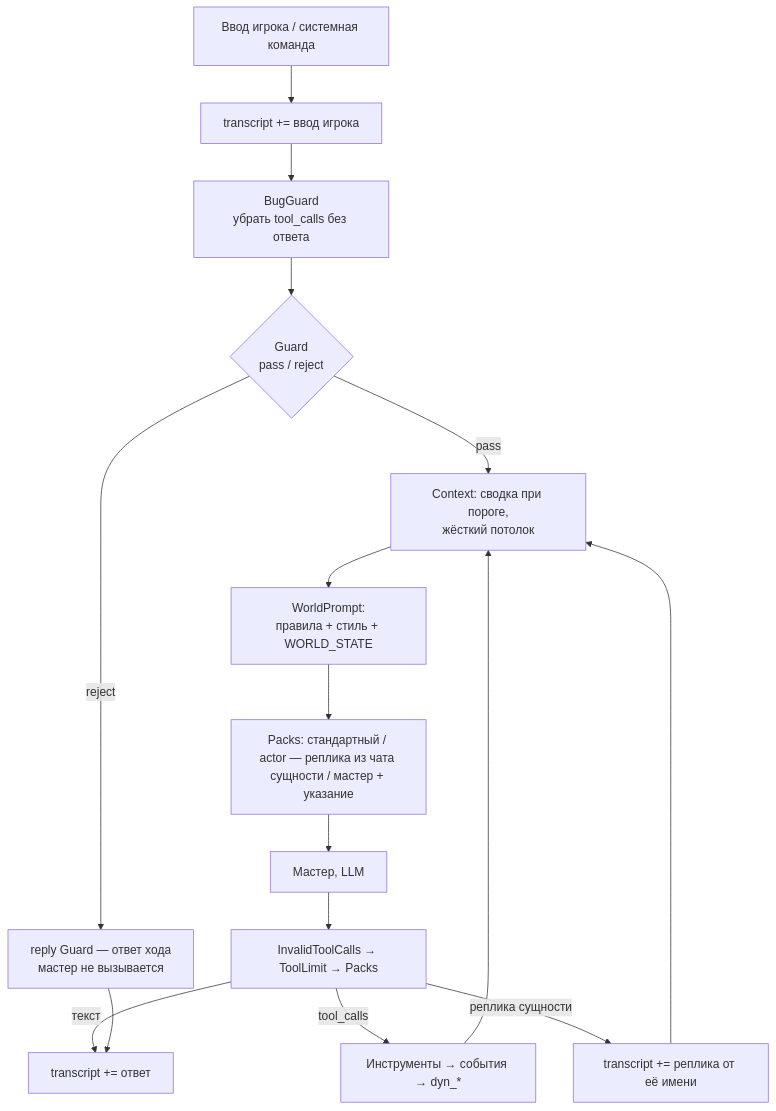
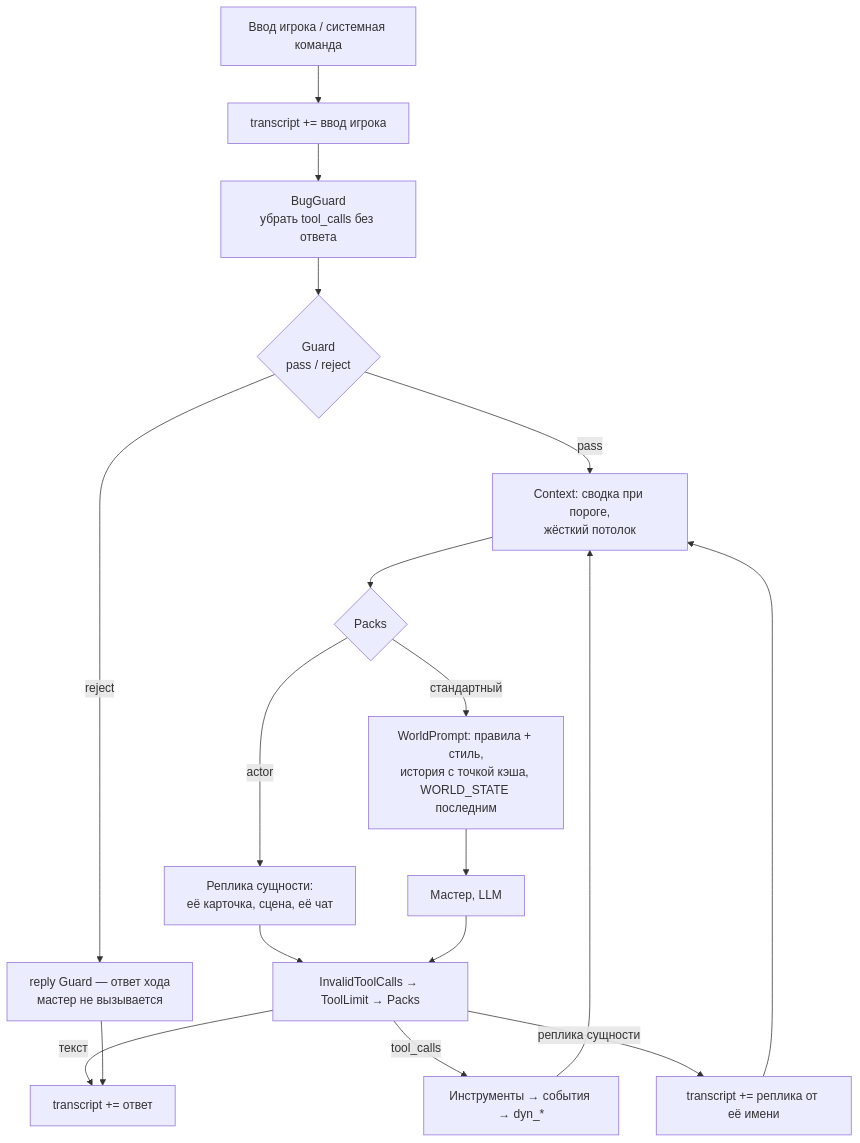
Before and after one commit to Bataevk/QuipQuill: the first of 2 diagrams in docs/architecture/agent.md, drawn with Mermaid. The commit also changed other lines of this file and 20 other files, not shown here.

````diff
--- a/docs/architecture/agent.md
+++ b/docs/architecture/agent.md
@@ -7,19 +7,20 @@
 ```mermaid
 graph TD
   IN[Ввод игрока / системная команда] --> TRI[transcript += ввод игрока]
   TRI --> BG[BugGuard<br/>убрать tool_calls без ответа]
   BG --> GU{Guard<br/>pass / reject}
   GU -->|reject| RJ[reply Guard — ответ хода<br/>мастер не вызывается]
   GU -->|pass| CM[Context: сводка при пороге,<br/>жёсткий потолок]
-  CM --> DP[WorldPrompt:<br/>правила + стиль + WORLD_STATE]
-  GM[Мастер, LLM]
-  DP --> PK[Packs: стандартный / actor — реплика из чата сущности / мастер + указание]
-  PK --> GM
+  CM --> PK{Packs}
+  PK -->|actor| ACT[Реплика сущности:<br/>её карточка, сцена, её чат]
+  ACT --> AM
+  PK -->|стандартный| DP[WorldPrompt: правила + стиль,<br/>история с точкой кэша, WORLD_STATE последним]
+  DP --> GM[Мастер, LLM]
   GM --> AM[InvalidToolCalls → ToolLimit → Packs]
   AM -->|tool_calls| TL[Инструменты → события → dyn_*]
   TL --> CM
   AM -->|реплика сущности| LN[transcript += реплика от её имени]
   LN --> CM
   AM -->|текст| OUT[transcript += ответ]
   RJ --> OUT
 ```
````
